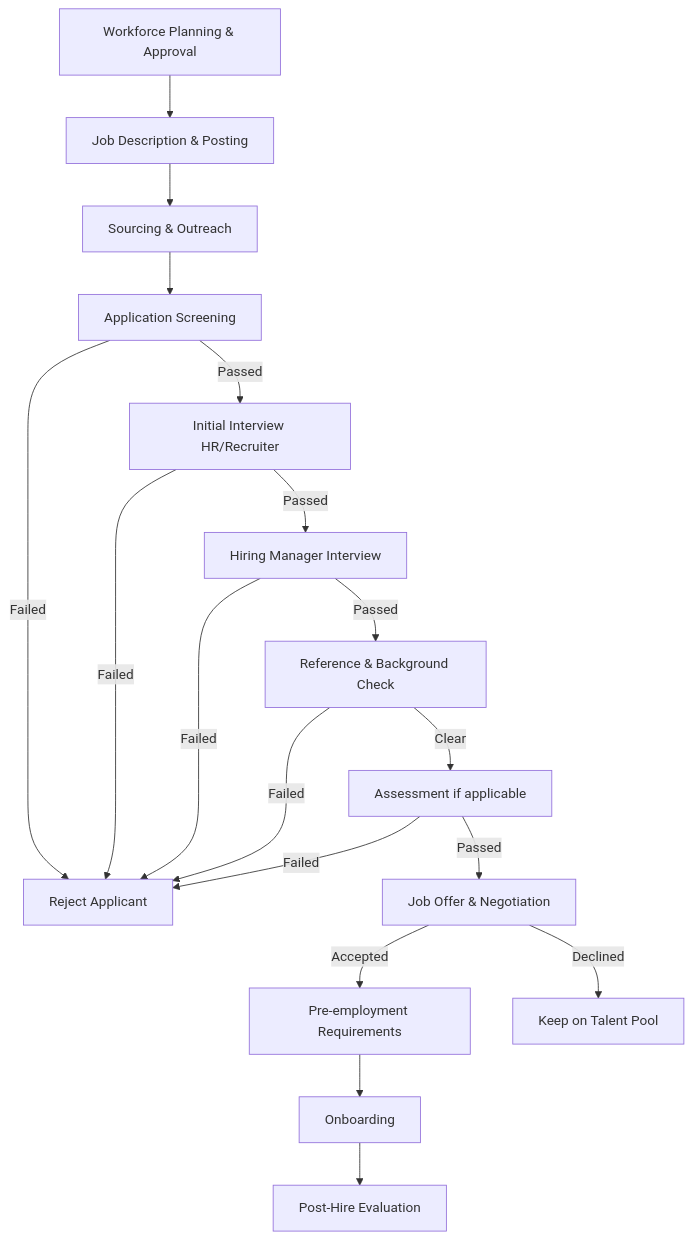
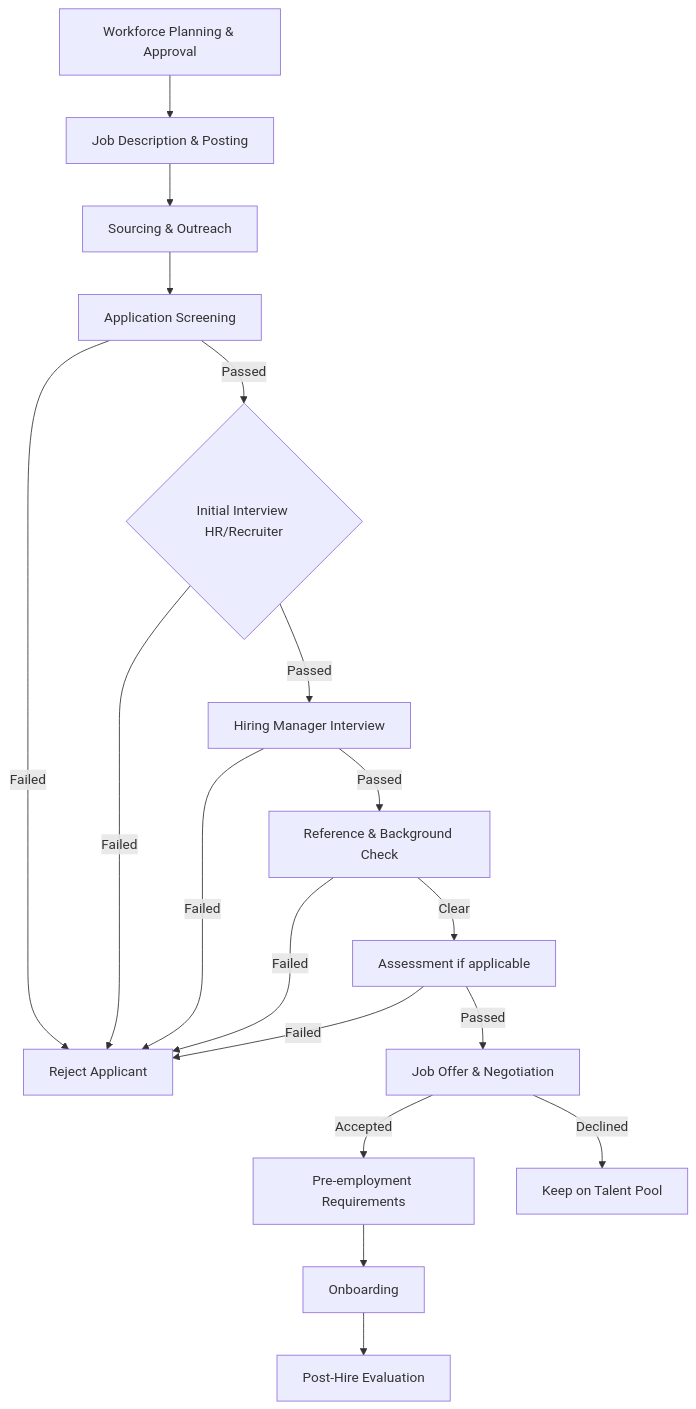
The diagram in Flowcharts/Recruitmentflowchart.mmd (cholo0105/it_trainings), drawn with Mermaid before and after one commit.

```diff
--- a/Flowcharts/Recruitmentflowchart.mmd
+++ b/Flowcharts/Recruitmentflowchart.mmd
@@ -1,18 +1,18 @@
 flowchart TD
     A[Workforce Planning & Approval] --> B[Job Description & Posting]
     B --> C[Sourcing & Outreach]
     C --> D[Application Screening]
-    D -->|Passed| E[Initial Interview HR/Recruiter]
+    D -->|Passed| E{Initial Interview HR/Recruiter}
     D -->|Failed| Z1[Reject Applicant]
     E -->|Passed| F[Hiring Manager Interview]
     E -->|Failed| Z1
     F -->|Passed| G[Reference & Background Check]
     F -->|Failed| Z1
     G -->|Clear| H[Assessment if applicable]
     G -->|Failed| Z1
     H -->|Passed| I[Job Offer & Negotiation]
     H -->|Failed| Z1
     I -->|Accepted| J[Pre-employment Requirements]
     I -->|Declined| Z2[Keep on Talent Pool]
     J --> K[Onboarding]
     K --> L[Post-Hire Evaluation]
```
